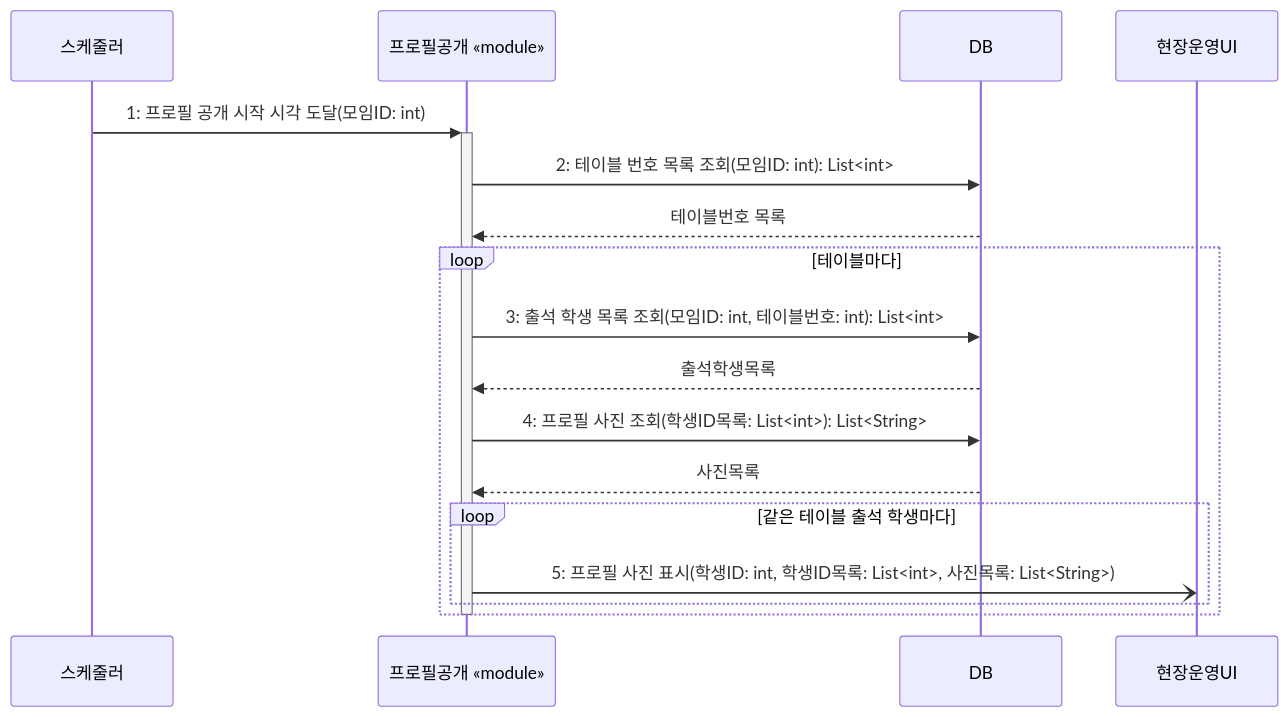
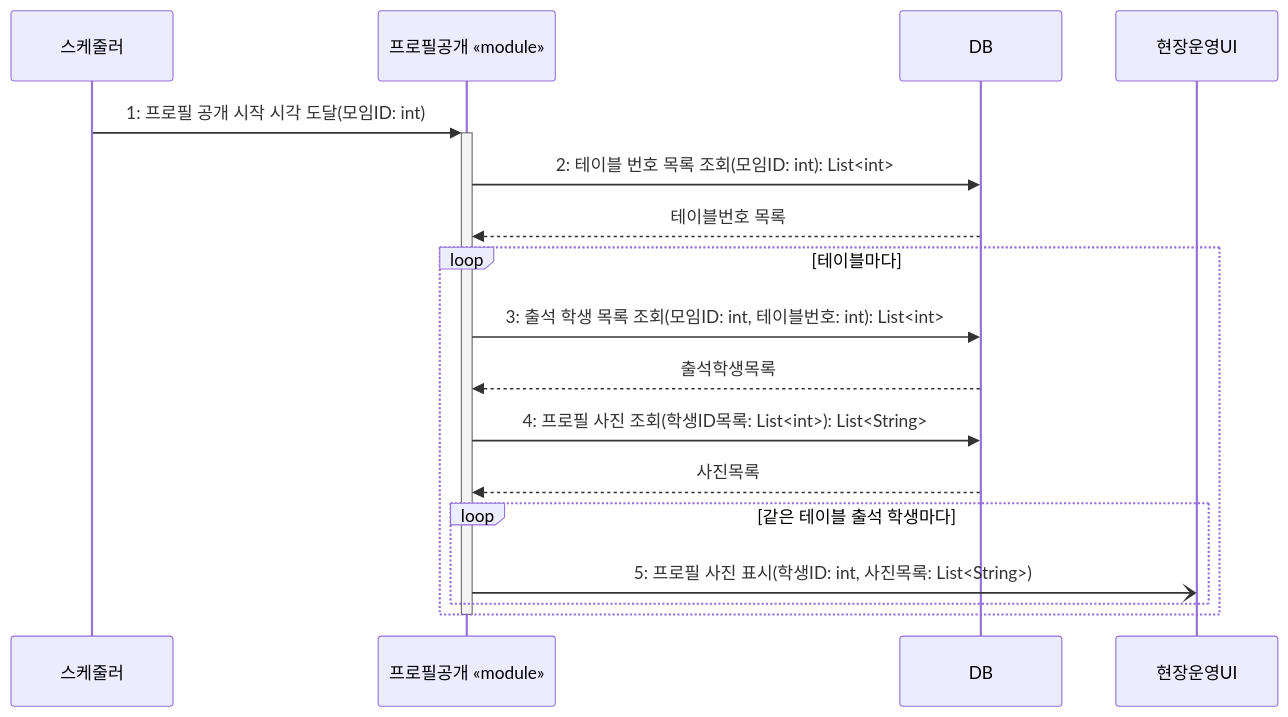
One commit to hojae3/sw-engineering-16 changed the diagram in presentation/08/2-sequence-v3.md. Above: the diagram before and after it, drawn with Mermaid.

Commit message:
[presentation] 8번 v3 5번 프로필 사진 표시에서 학생ID목록 제거

````diff
--- a/presentation/08/2-sequence-v3.md
+++ b/presentation/08/2-sequence-v3.md
@@ -15,22 +15,22 @@
 ```mermaid
 sequenceDiagram
     participant 스케줄러
     participant 공개 as 프로필공개 «module»
     participant DB as DB
     participant 화면 as 현장운영UI
 
     스케줄러->>+공개: 1: 프로필 공개 시작 시각 도달(모임ID: int)
     공개->>DB: 2: 테이블 번호 목록 조회(모임ID: int): List<int>
     DB-->>공개: 테이블번호 목록
 
     loop 테이블마다
         공개->>DB: 3: 출석 학생 목록 조회(모임ID: int, 테이블번호: int): List<int>
         DB-->>공개: 출석학생목록
         공개->>DB: 4: 프로필 사진 조회(학생ID목록: List<int>): List<String>
         DB-->>공개: 사진목록
         loop 같은 테이블 출석 학생마다
-            공개-)화면: 5: 프로필 사진 표시(학생ID: int, 학생ID목록: List<int>, 사진목록: List<String>)
+            공개-)화면: 5: 프로필 사진 표시(학생ID: int, 사진목록: List<String>)
         end
     end
     deactivate 공개
 ```
````
